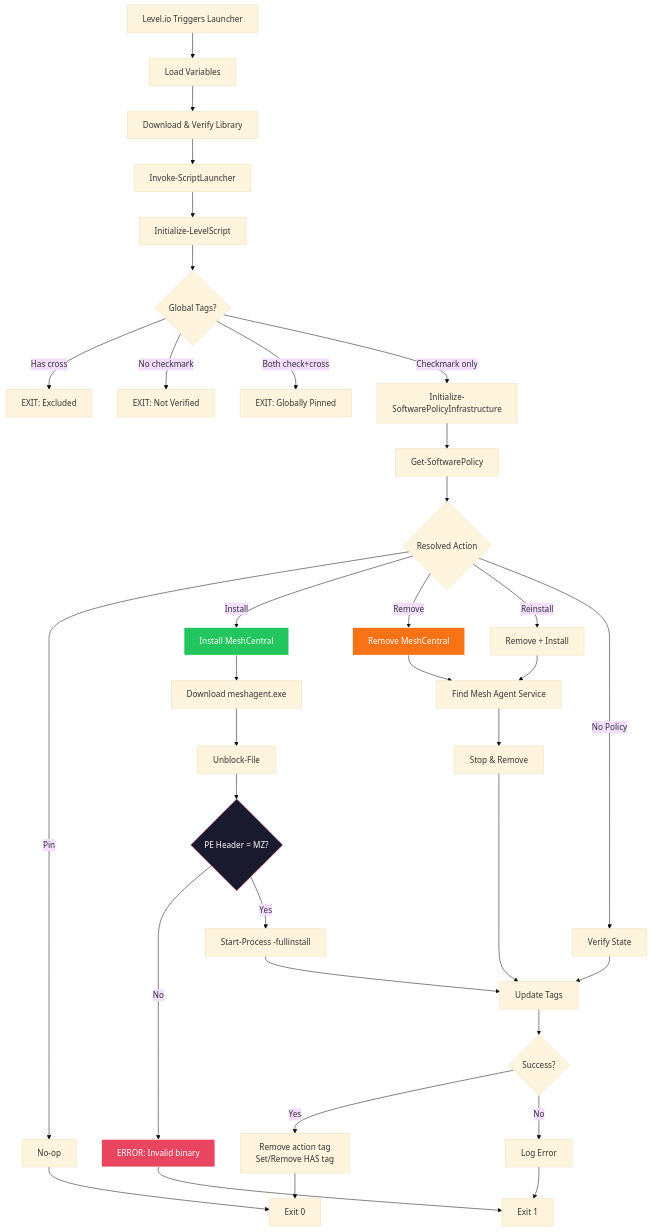
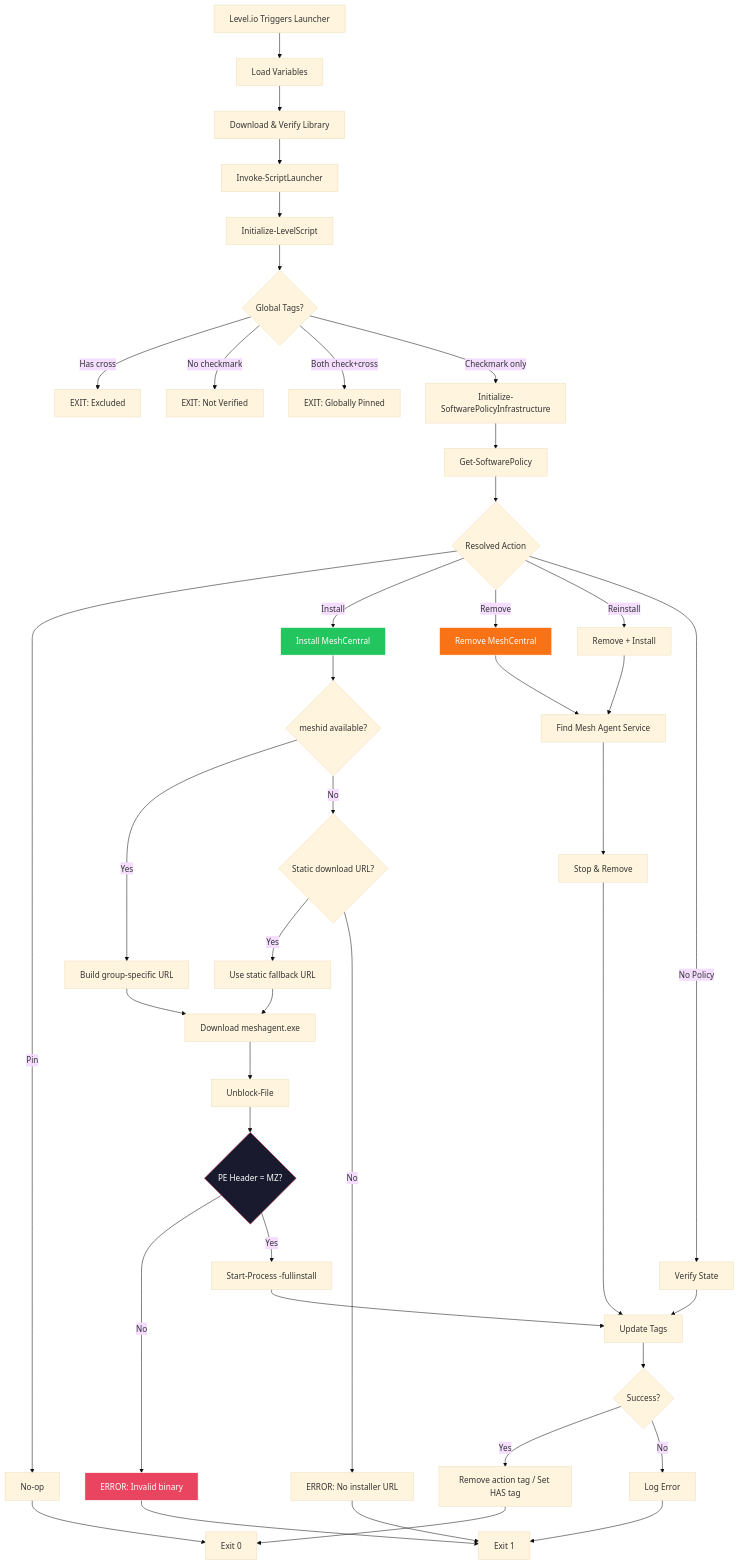
One commit to coolnetworks/COOLForge changed the diagram in docs/policy/MeshCentral.md. Above: the diagram before and after it, drawn with Mermaid (base theme). The commit also changed other lines of this file and 5 other files, not shown here.

````diff
--- a/docs/policy/MeshCentral.md
+++ b/docs/policy/MeshCentral.md
@@ -7,49 +23,56 @@
 ```mermaid
 flowchart TD
     A[Level.io Triggers Launcher] --> B[Load Variables]
     B --> C[Download & Verify Library]
     C --> D[Invoke-ScriptLauncher]
     D --> E[Initialize-LevelScript]
 
     E --> F{Global Tags?}
     F -->|"Has cross"| Z1[EXIT: Excluded]
     F -->|"No checkmark"| Z2[EXIT: Not Verified]
     F -->|"Both check+cross"| Z3[EXIT: Globally Pinned]
     F -->|"Checkmark only"| G
 
     G[Initialize-SoftwarePolicyInfrastructure] --> H[Get-SoftwarePolicy]
 
     H --> I{Resolved Action}
     I -->|Pin| J1[No-op]
     I -->|Install| J2[Install MeshCentral]
     I -->|Remove| J3[Remove MeshCentral]
     I -->|Reinstall| J4[Remove + Install]
     I -->|No Policy| J5[Verify State]
 
-    J2 --> K[Download meshagent.exe]
-    K --> K1[Unblock-File]
-    K1 --> K2{PE Header = MZ?}
-    K2 -->|No| K3[ERROR: Invalid binary]
-    K2 -->|Yes| K4["Start-Process -fullinstall"]
-    K4 --> L
+    J2 --> K{meshid available?}
+    K -->|Yes| K1[Build group-specific URL]
+    K -->|No| K2{Static download URL?}
+    K2 -->|Yes| K3[Use static fallback URL]
+    K2 -->|No| K4[ERROR: No installer URL]
+    K1 --> K5[Download meshagent.exe]
+    K3 --> K5
+    K5 --> K6[Unblock-File]
+    K6 --> K7{PE Header = MZ?}
+    K7 -->|No| K8[ERROR: Invalid binary]
+    K7 -->|Yes| K9["Start-Process -fullinstall"]
+    K9 --> L
 
     J3 --> M[Find Mesh Agent Service]
     M --> M1[Stop & Remove]
     M1 --> L
 
     J4 --> M
     J5 --> L
 
     L[Update Tags] --> N{Success?}
-    N -->|Yes| N1["Remove action tag<br/>Set/Remove HAS tag"]
+    N -->|Yes| N1["Remove action tag / Set HAS tag"]
     N -->|No| N2[Log Error]
     N1 --> O[Exit 0]
     N2 --> P[Exit 1]
     J1 --> O
-    K3 --> P
+    K4 --> P
+    K8 --> P
 
-    style K2 fill:#1a1a2e,stroke:#e94560,color:#fff
-    style K3 fill:#e94560,stroke:#fff,color:#fff
+    style K7 fill:#1a1a2e,stroke:#e94560,color:#fff
+    style K8 fill:#e94560,stroke:#fff,color:#fff
     style J2 fill:#22c55e,stroke:#fff,color:#fff
     style J3 fill:#f97316,stroke:#fff,color:#fff
 ```
````
